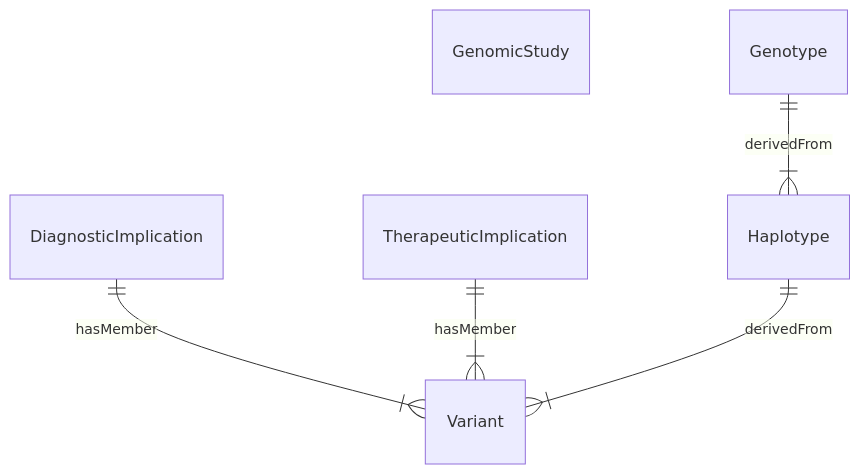
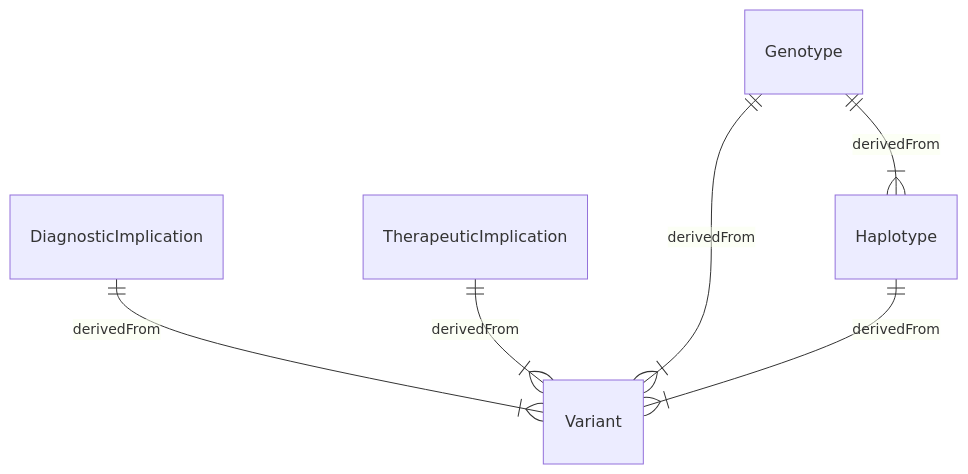
Before and after one commit to nw-gmsa/nw-gmsa.github.com: the second of 2 diagrams in input/pagecontent/StructureDefinition-GenomicObservation-intro.md, drawn with Mermaid. The commit also changed other lines of this file and 1 other file, not shown here.

Commit message:
Overview process model

````diff
--- a/input/pagecontent/StructureDefinition-GenomicObservation-intro.md
+++ b/input/pagecontent/StructureDefinition-GenomicObservation-intro.md
@@ -22,16 +21,16 @@
 ```mermaid
 erDiagram
 
 Variant
 DiagnosticImplication
 TherapeuticImplication
-GenomicStudy
 Genotype
 Haplotype
 
-DiagnosticImplication ||--|{ Variant : "hasMember"
-TherapeuticImplication ||--|{ Variant : "hasMember"
+DiagnosticImplication ||--|{ Variant : "derivedFrom"
+TherapeuticImplication ||--|{ Variant : "derivedFrom"
 
 Genotype ||--|{ Haplotype : "derivedFrom"
+Genotype ||--|{ Variant : "derivedFrom"
 Haplotype ||--|{ Variant : "derivedFrom"
 ```
````
